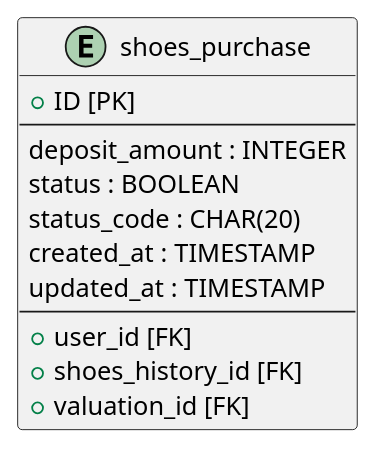
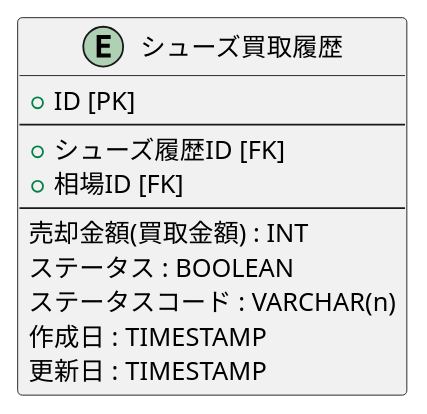
The diagram in db/shoes_purchase.pu (mybz-inc/sneaker), drawn with PlantUML before and after one commit. The commit also changed 17 other files, not shown here.

```diff
--- a/db/shoes_purchase.pu
+++ b/db/shoes_purchase.pu
@@ -1,15 +1,14 @@
-@startuml shoes_purchase
-entity shoes_purchase {
+@startuml シューズ買取履歴
+entity シューズ買取履歴 {
   + ID [PK]
   --
-  deposit_amount : INTEGER
-  status : BOOLEAN
-  status_code : CHAR(20)
-  created_at : TIMESTAMP
-  updated_at : TIMESTAMP
+  + シューズ履歴ID [FK]
+  + 相場ID [FK]
   --
-  + user_id [FK]
-  + shoes_history_id [FK]
-  + valuation_id [FK]
+  売却金額(買取金額) : INT
+  ステータス : BOOLEAN
+  ステータスコード : VARCHAR(n)
+  作成日 : TIMESTAMP
+  更新日 : TIMESTAMP
 }
 @enduml
```
